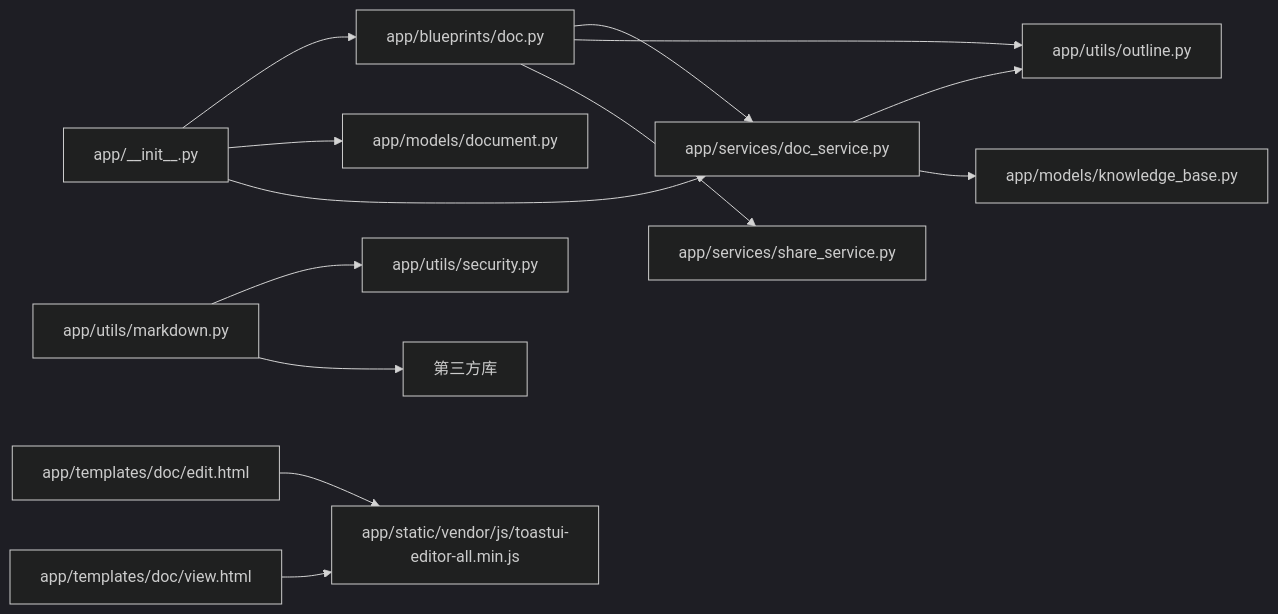
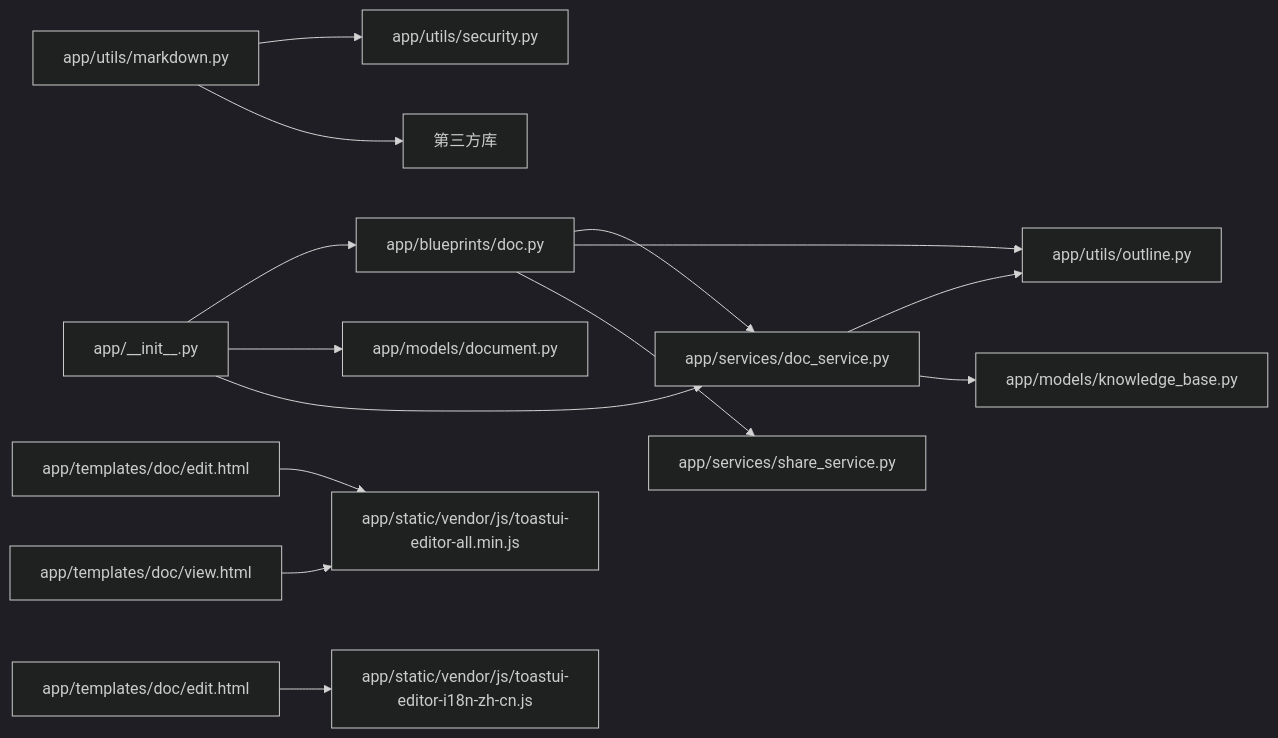
Before and after one commit to beyondalbert/my_wiki: diagram 16 of 17 in .qoder/repowiki/zh/content/架构设计/蓝图系统设计/文档蓝图 (Document Blueprint).md, drawn with Mermaid (dark theme). The commit also changed other lines of this file and 6 other files, not shown here.

````diff
--- a/.qoder/repowiki/zh/content/架构设计/蓝图系统设计/文档蓝图 (Document Blueprint).md
+++ b/.qoder/repowiki/zh/content/架构设计/蓝图系统设计/文档蓝图 (Document Blueprint).md
@@ -538,15 +632,16 @@
 ```mermaid
 graph LR
 A[app/__init__.py] --> B[app/blueprints/doc.py]
 A --> C[app/models/document.py]
 A --> D[app/services/doc_service.py]
 B --> D
 B --> E[app/utils/outline.py]
 B --> F[app/services/share_service.py]
 D --> E
 D --> G[app/models/knowledge_base.py]
 H[app/utils/markdown.py] --> I[app/utils/security.py]
 H --> J[第三方库]
 K[app/templates/doc/edit.html] --> L[app/static/vendor/js/toastui-editor-all.min.js]
 M[app/templates/doc/view.html] --> L
+N[app/templates/doc/edit.html] --> O[app/static/vendor/js/toastui-editor-i18n-zh-cn.js]
 ```
````
